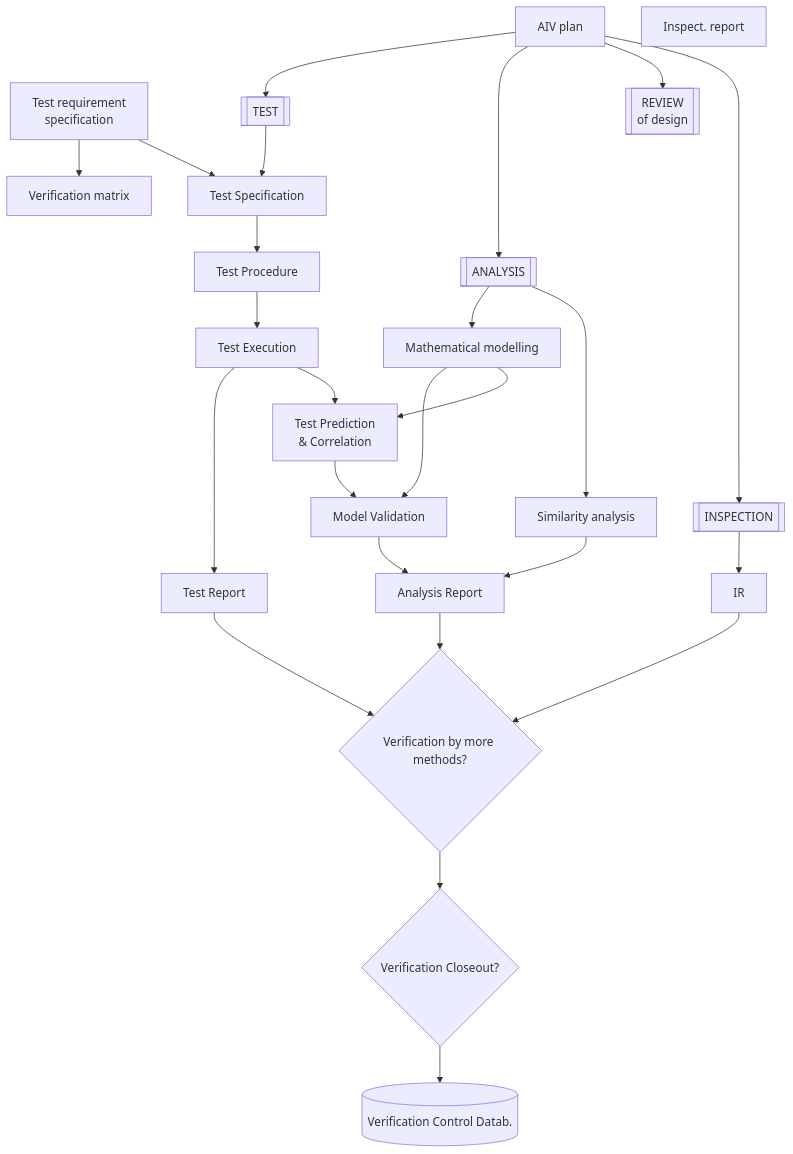
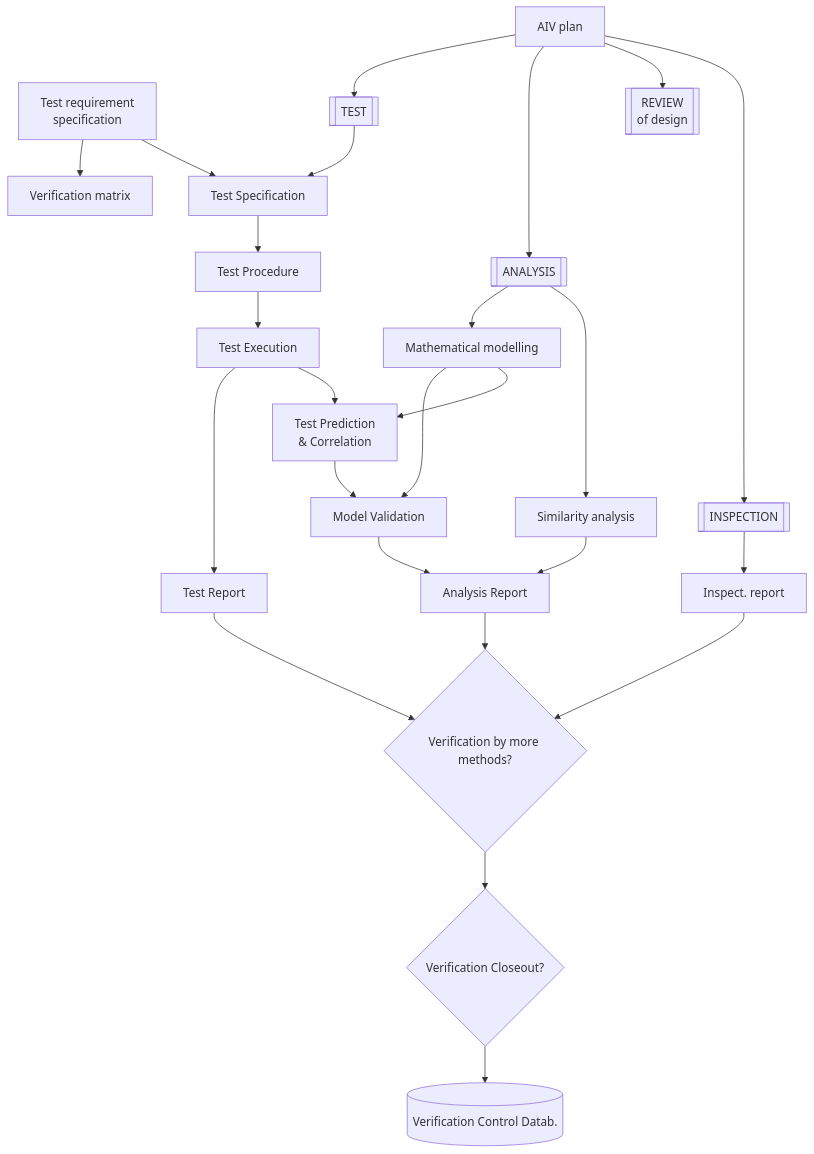
The diagram in calib/Validation.md (limu007/quvik), drawn with Mermaid before and after one commit.

````diff
--- a/calib/Validation.md
+++ b/calib/Validation.md
@@ -3,44 +3,44 @@
 ```mermaid
 flowchart TB
   TRS["`Test requirement
   specification`"]
   VM["Verification matrix"]
   VCD[(Verification Control Datab.)]
 
   AIV["AIV plan"]
   TEST[["TEST"]]
   TS["Test Specification"]
   TP["Test Procedure"]
   TE["Test Execution"]
   TPC["`Test Prediction
 & Correlation`"]
   TR["Test Report"]
 
   INS[["INSPECTION"]]
-  IT["Inspect. report"]
+  IR["Inspect. report"]
   ANAL[["ANALYSIS"]]
   MM["Mathematical modelling"]
   MV["Model Validation"]
   SM["Similarity analysis"]
   AR["Analysis Report"]
 
   ROD[["`REVIEW
   of design`"]]
 
   meth{"Verification by more methods?"}
   close{"Verification Closeout?"}
   
   TEST --> TS --> TP --> TE --> TR --> meth
   TRS --> VM
   TRS --> TS
   AIV --> TEST
   AIV --> ANAL
   ANAL --> MM --> MV --> AR
   ANAL --> SM --> AR --> meth
   AIV --> ROD
   AIV --> INS --> IR --> meth
   MM --> TPC
   TE --> TPC --> MV 
   meth --> close --> VCD
 
 ```
````
